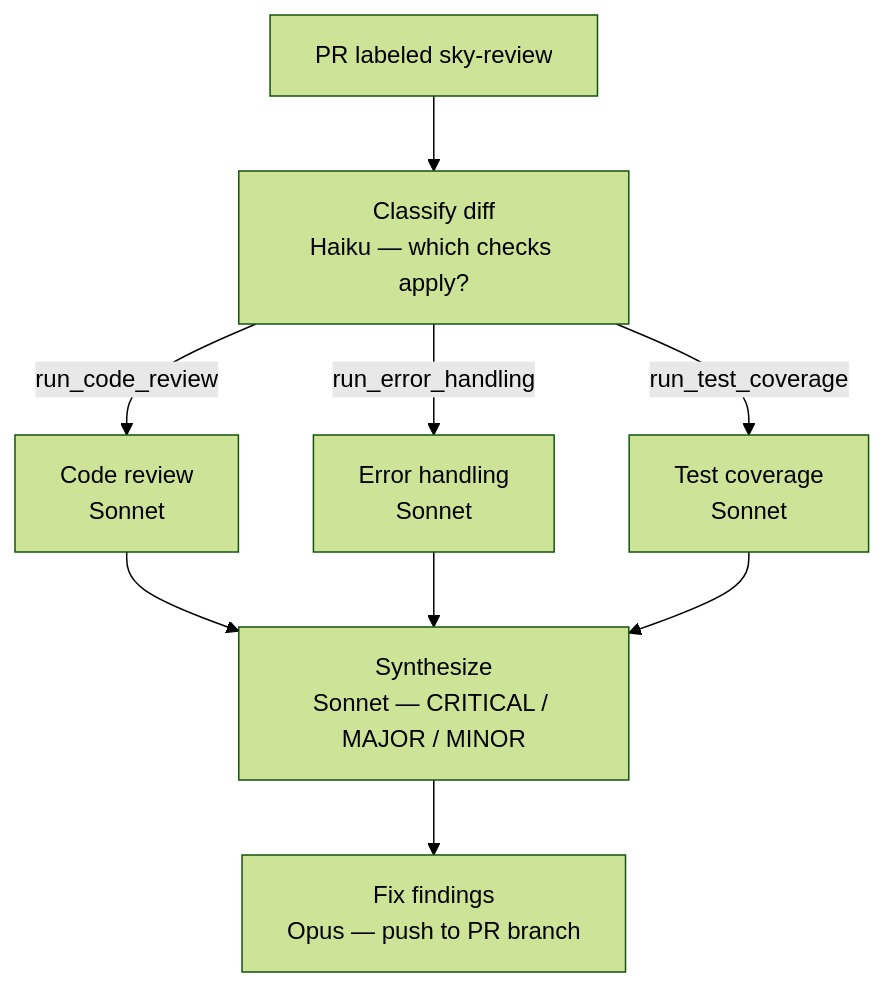
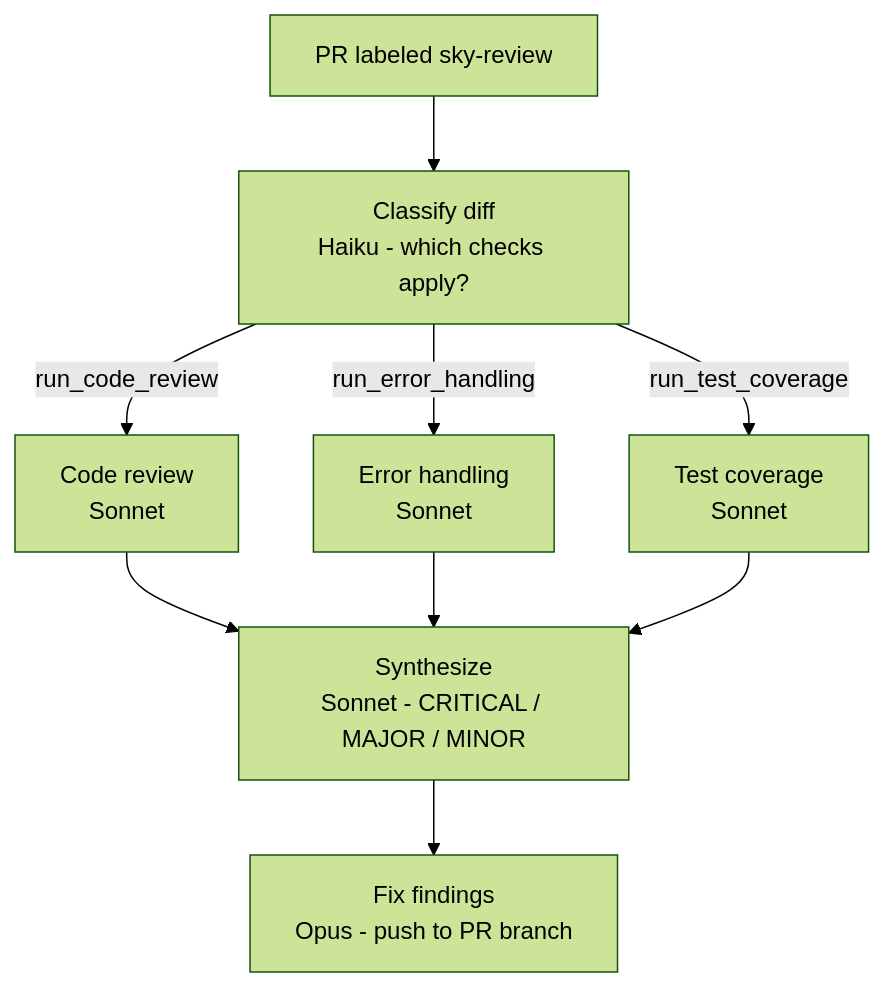
One commit to skylence-be/docs.skylence.be changed the diagram in src/content/docs/examples/smart-pr-review.mdx. Above: the diagram before and after it, drawn with Mermaid (forest theme). The commit also changed other lines of this file and 48 other files, not shown here.

````diff
--- a/src/content/docs/examples/smart-pr-review.mdx
+++ b/src/content/docs/examples/smart-pr-review.mdx
@@ -14,11 +14,11 @@
 ```mermaid
 flowchart TD
-    trigger["PR labeled sky-review"] --> classify["Classify diff\nHaiku — which checks apply?"]
+    trigger["PR labeled sky-review"] --> classify["Classify diff\nHaiku - which checks apply?"]
     classify -->|run_code_review| code_review["Code review\nSonnet"]
     classify -->|run_error_handling| error_review["Error handling\nSonnet"]
     classify -->|run_test_coverage| test_cov["Test coverage\nSonnet"]
-    code_review --> synthesize["Synthesize\nSonnet — CRITICAL / MAJOR / MINOR"]
+    code_review --> synthesize["Synthesize\nSonnet - CRITICAL / MAJOR / MINOR"]
     error_review --> synthesize
     test_cov --> synthesize
-    synthesize --> fix["Fix findings\nOpus — push to PR branch"]
+    synthesize --> fix["Fix findings\nOpus - push to PR branch"]
 ```
````
